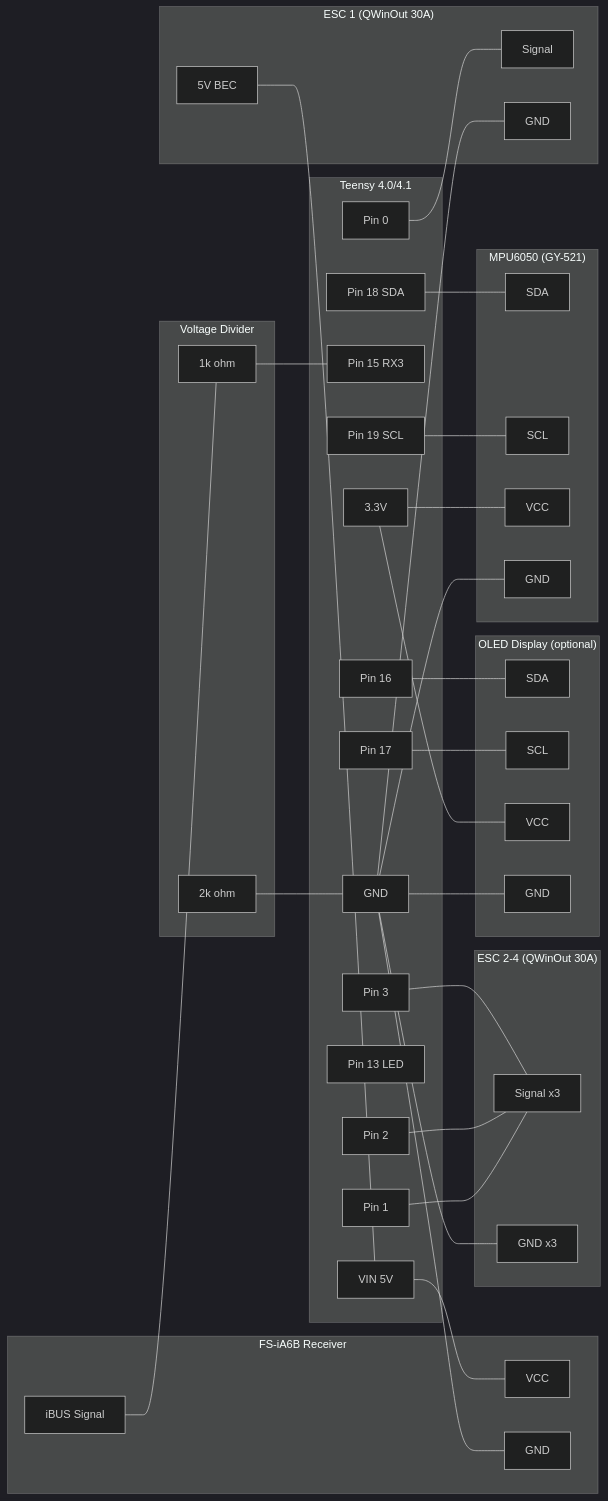
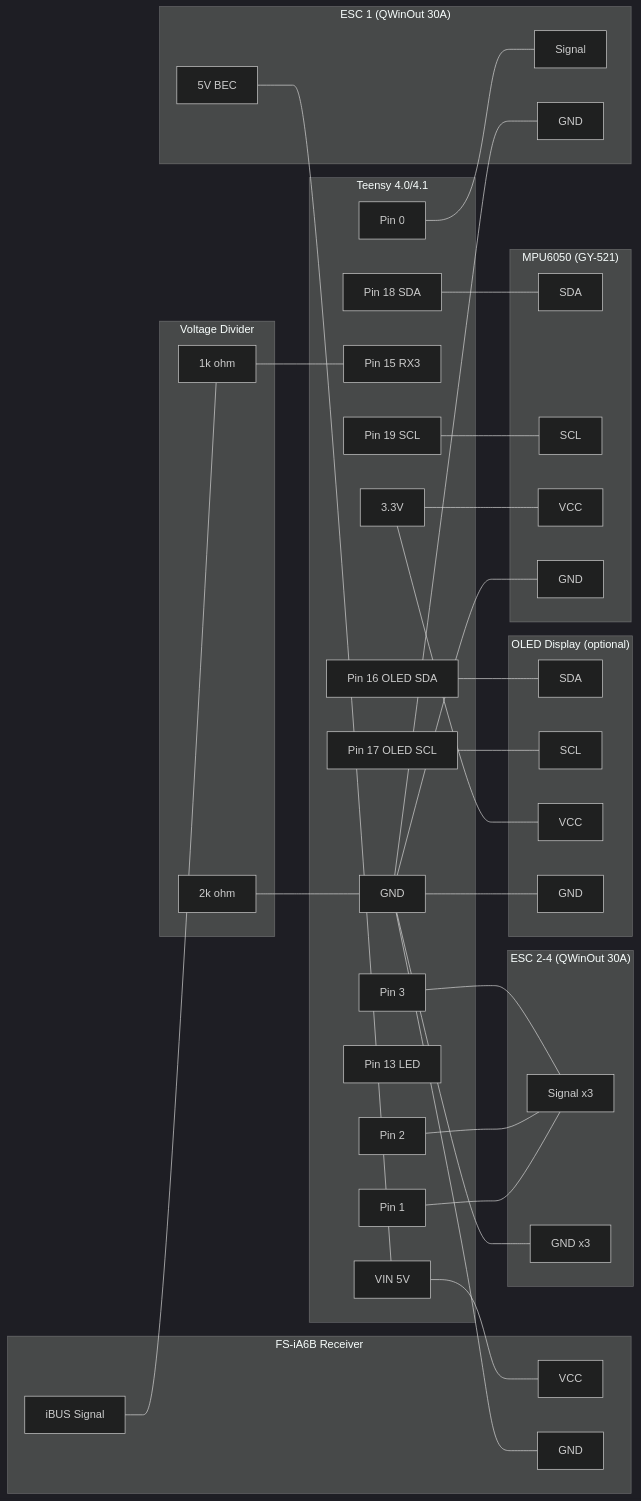
Before and after one commit to gndpwnd/floppi: the diagram in flight_controller/docs/wiring_diagrams/teensy_wiring_fsia6b_drone.md, drawn with Mermaid (dark theme). The commit also changed other lines of this file and 18 other files, not shown here.

````diff
--- a/flight_controller/docs/wiring_diagrams/teensy_wiring_fsia6b_drone.md
+++ b/flight_controller/docs/wiring_diagrams/teensy_wiring_fsia6b_drone.md
@@ -12,79 +12,79 @@
 ```mermaid
 flowchart LR
     subgraph Teensy["Teensy 4.0/4.1"]
         T18[Pin 18 SDA]
         T19[Pin 19 SCL]
         T15[Pin 15 RX3]
-        T16[Pin 16]
-        T17[Pin 17]
+        T16[Pin 16 OLED SDA]
+        T17[Pin 17 OLED SCL]
         T0[Pin 0]
         T1[Pin 1]
         T2[Pin 2]
         T3[Pin 3]
         T13[Pin 13 LED]
         TGND[GND]
         TV33[3.3V]
         TVIN[VIN 5V]
     end
 
     subgraph IMU["MPU6050 (GY-521)"]
         ISDA[SDA]
         ISCL[SCL]
         IVCC[VCC]
         IGND[GND]
     end
 
     subgraph RX["FS-iA6B Receiver"]
         RIBUS[iBUS Signal]
         RVCC[VCC]
         RGND[GND]
     end
 
     subgraph VD["Voltage Divider"]
         R1K[1k ohm]
         R2K[2k ohm]
     end
 
     subgraph OLED["OLED Display (optional)"]
         OSDA[SDA]
         OSCL[SCL]
         OVCC[VCC]
         OGND[GND]
     end
 
     subgraph ESC1["ESC 1 (QWinOut 30A)"]
         E1S[Signal]
         E1G[GND]
         E1V[5V BEC]
     end
 
     subgraph ESC234["ESC 2-4 (QWinOut 30A)"]
         E2S[Signal x3]
         E2G[GND x3]
     end
 
     T18 --- ISDA
     T19 --- ISCL
     TV33 --- IVCC
     TGND --- IGND
 
     RIBUS --- R1K
     R1K --- T15
     R2K --- TGND
     TVIN --- RVCC
     TGND --- RGND
 
     T16 --- OSDA
     T17 --- OSCL
     TV33 --- OVCC
     TGND --- OGND
 
     T0 --- E1S
     TGND --- E1G
     E1V --- TVIN
 
     T1 --- E2S
     T2 --- E2S
     T3 --- E2S
     TGND --- E2G
 ```
````
